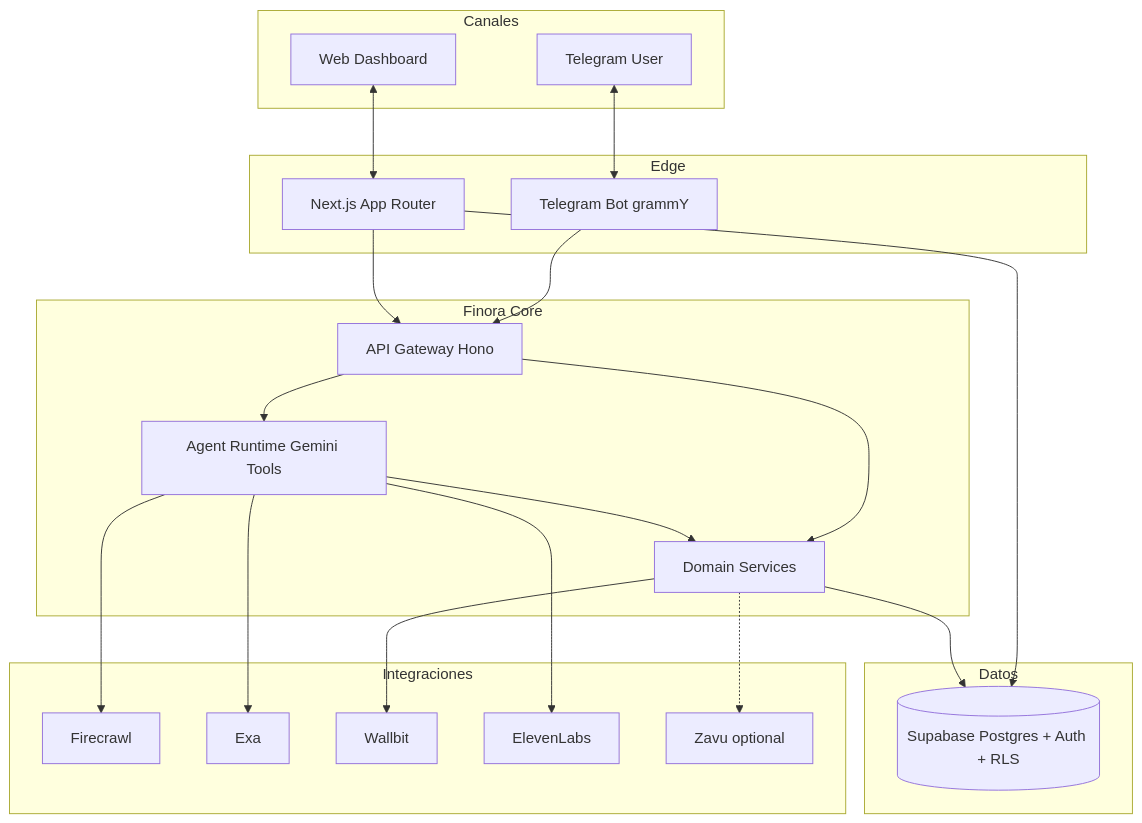
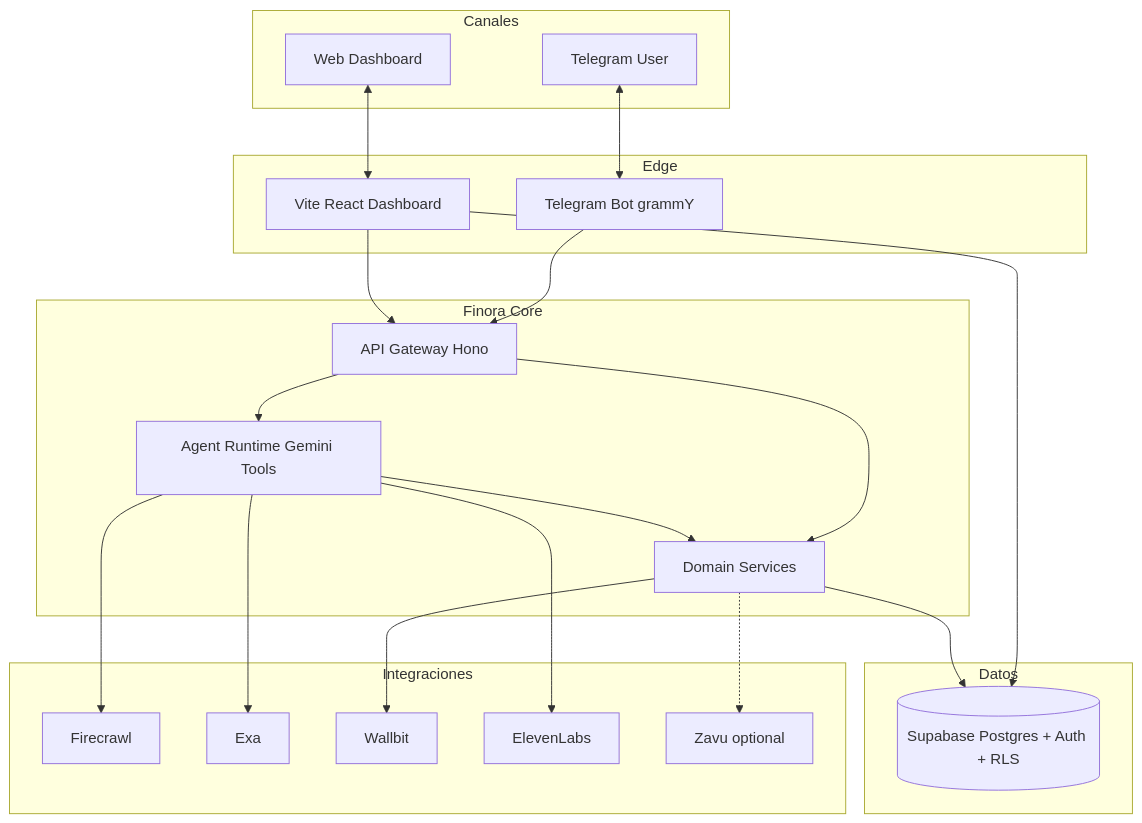
Before and after one commit to Erickm29/Finora-Agent: the first of 3 diagrams in docs/context/architecture.md, drawn with Mermaid. The commit also changed other lines of this file and 190 other files, not shown here.

First line of the commit message:
Integrate Vite dashboard and AI provider HA layer (Groq/Gemini/OpenRouter).

````diff
--- a/docs/context/architecture.md
+++ b/docs/context/architecture.md
@@ -22,45 +22,45 @@
 ```mermaid
 flowchart TB
   subgraph clients [Canales]
     TG[Telegram User]
     WEB[Web Dashboard]
   end
 
   subgraph edge [Edge]
     Bot[Telegram Bot grammY]
-    Next[Next.js App Router]
+    Next[Vite React Dashboard]
   end
 
   subgraph core [Finora Core]
     API[API Gateway Hono]
     Agent[Agent Runtime Gemini Tools]
     Domain[Domain Services]
   end
 
   subgraph data [Datos]
     SB[(Supabase Postgres + Auth + RLS)]
   end
 
   subgraph ext [Integraciones]
     FC[Firecrawl]
     EX[Exa]
     WB[Wallbit]
     EL[ElevenLabs]
     ZV[Zavu optional]
   end
 
   TG <--> Bot
   WEB <--> Next
   Bot --> API
   Next --> API
   Next --> SB
   API --> Agent
   API --> Domain
   Agent --> Domain
   Domain --> SB
   Agent --> FC
   Agent --> EX
   Domain --> WB
   Agent --> EL
   Domain -.-> ZV
 ```
````
